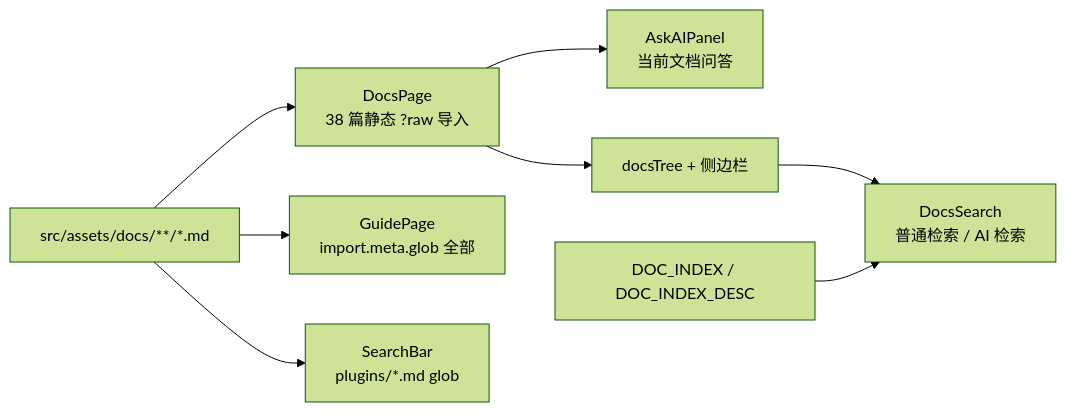
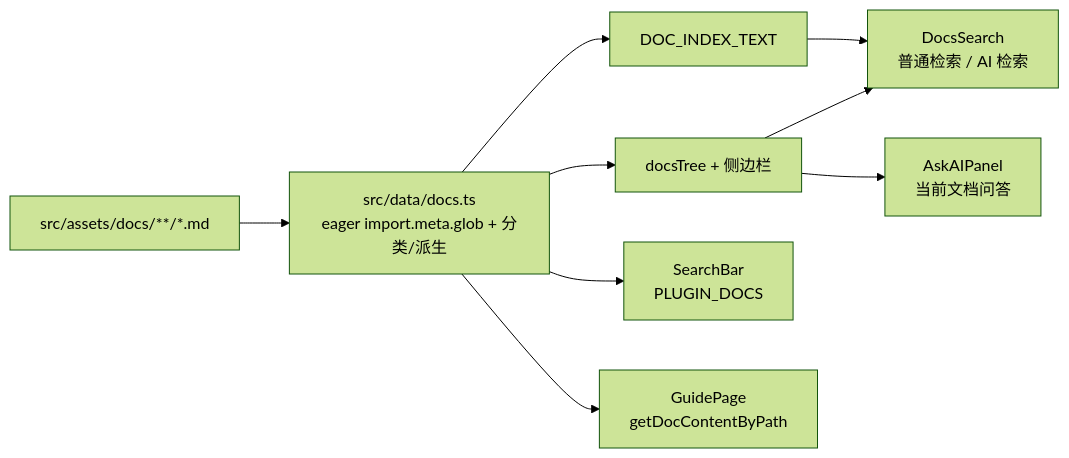
The diagram in docs/code-wiki/08-docs-content.md (okouiko/pluginmarket), drawn with Mermaid (forest theme) before and after one commit. The commit also changed other lines of this file and 49 other files, not shown here.

````diff
--- a/docs/code-wiki/08-docs-content.md
+++ b/docs/code-wiki/08-docs-content.md
@@ -27,18 +27,18 @@
 ```mermaid
 flowchart LR
     Docs["src/assets/docs/**/*.md"]
-    DocsPage["DocsPage<br/>38 篇静态 ?raw 导入"]
+    Catalog["src/data/docs.ts<br/>eager import.meta.glob + 分类/派生"]
+    Tree["docsTree + 侧边栏"]
+    Index["DOC_INDEX_TEXT"]
+    SearchBar["SearchBar<br/>PLUGIN_DOCS"]
+    Guide["GuidePage<br/>getDocContentByPath"]
     DocsSearch["DocsSearch<br/>普通检索 / AI 检索"]
     AskAI["AskAIPanel<br/>当前文档问答"]
-    Guide["GuidePage<br/>import.meta.glob 全部"]
-    SearchBar["SearchBar<br/>plugins/*.md glob"]
-    Tree["docsTree + 侧边栏"]
-    Index["DOC_INDEX / DOC_INDEX_DESC"]
 
-    Docs --> DocsPage --> Tree
-    Tree --> DocsSearch
-    Index --> DocsSearch
-    Docs --> Guide
-    Docs --> SearchBar
-    DocsPage --> AskAI
+    Docs --> Catalog
+    Catalog --> Tree --> DocsSearch
+    Catalog --> Index --> DocsSearch
+    Catalog --> SearchBar
+    Catalog --> Guide
+    Tree --> AskAI
 ```
````
